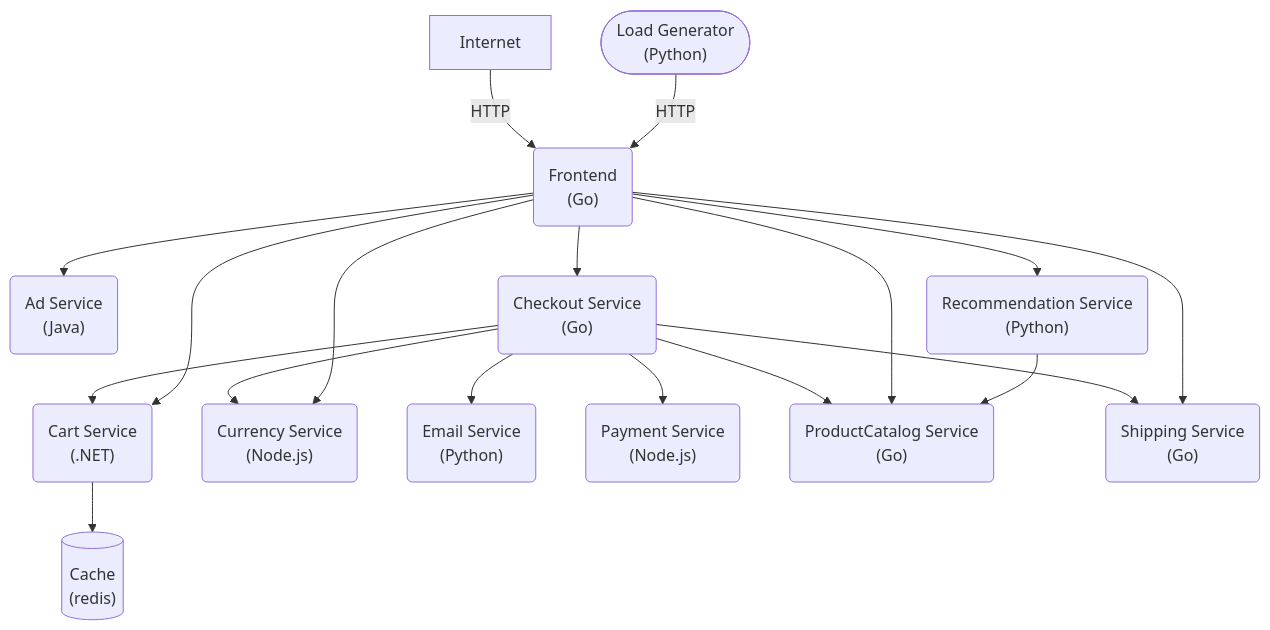
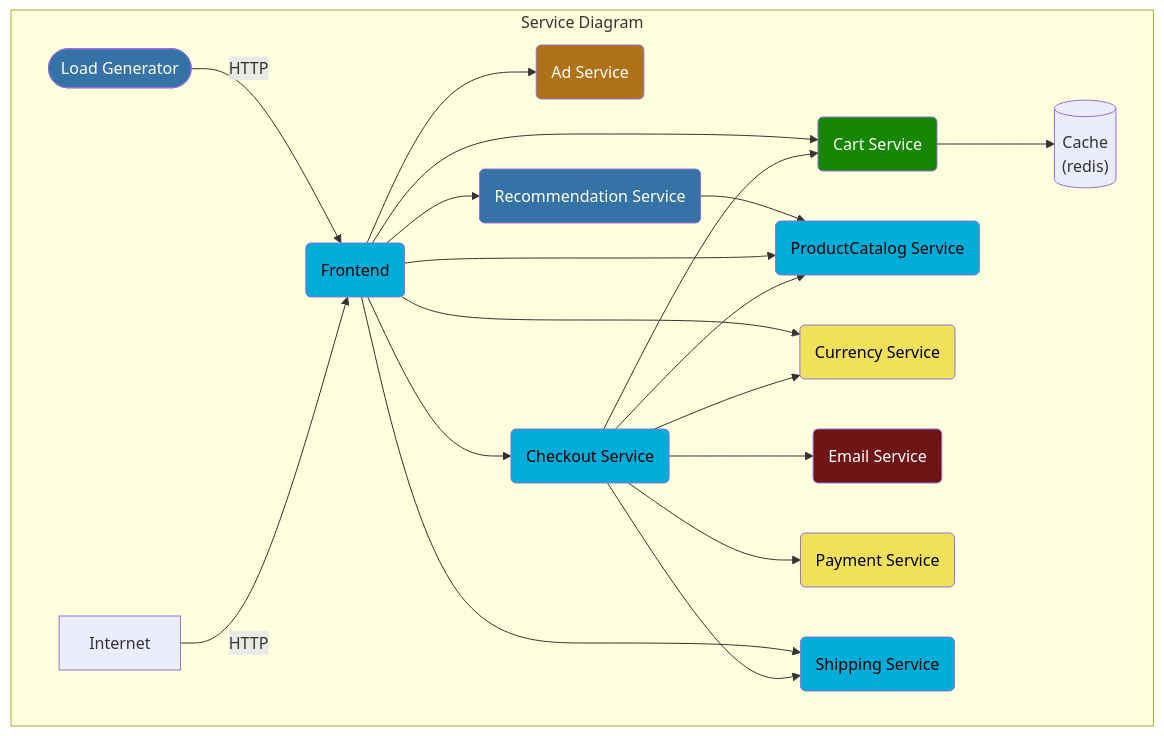
The first of 2 diagrams in README.md (village-chat/opentelemetry-demo-bench), drawn with Mermaid before and after one commit. The commit also changed other lines of this file and 40 other files, not shown here.

````diff
--- a/README.md
+++ b/README.md
@@ -107,35 +107,48 @@
 ```mermaid
-
 graph TD
 
-adservice(Ad Service<br/>&#40Java&#41):::java
+subgraph Service Diagram
+adservice(Ad Service):::java
 cache[(Cache<br/>&#40redis&#41)]
-cartservice(Cart Service<br/>&#40.NET&#41):::dotnet
-checkoutservice(Checkout Service<br/>&#40Go&#41):::golang
-currencyservice(Currency Service<br/>&#40Node.js&#41):::nodejs
-emailservice(Email Service<br/>&#40Python&#41):::python
-frontend(Frontend<br/>&#40Go&#41):::golang
-loadgenerator([Load Generator<br/>&#40Python&#41]):::python
-paymentservice(Payment Service<br/>&#40Node.js&#41):::nodejs
-productcatalogservice(ProductCatalog Service<br/>&#40Go&#41):::golang
-recommendationservice(Recommendation Service<br/>&#40Python&#41):::python
-shippingservice(Shipping Service<br/>&#40Go&#41):::golang
+cartservice(Cart Service):::dotnet
+checkoutservice(Checkout Service):::golang
+currencyservice(Currency Service):::nodejs
+emailservice(Email Service):::ruby
+frontend(Frontend):::golang
+loadgenerator([Load Generator]):::python
+paymentservice(Payment Service):::nodejs
+productcatalogservice(ProductCatalog Service):::golang
+recommendationservice(Recommendation Service):::python
+shippingservice(Shipping Service):::golang
 
 Internet -->|HTTP| frontend
 loadgenerator -->|HTTP| frontend
 
 checkoutservice --> cartservice --> cache
 checkoutservice --> productcatalogservice
 checkoutservice --> currencyservice
 checkoutservice --> emailservice
 checkoutservice --> paymentservice
 checkoutservice --> shippingservice
 
 frontend --> adservice
 frontend --> cartservice
 frontend --> productcatalogservice
 frontend --> checkoutservice
 frontend --> currencyservice
 frontend --> recommendationservice --> productcatalogservice
 frontend --> shippingservice
+
+
+end
+classDef java fill:#b07219,color:white;
+classDef dotnet fill:#178600,color:white;
+classDef golang fill:#00add8,color:black;
+classDef cpp fill:#f34b7d,color:white;
+classDef ruby fill:#701516,color:white;
+classDef python fill:#3572A5,color:white;
+classDef nodejs fill:#f1e05a,color:black;
+classDef rust fill:#dea584,color:black;
+classDef erlang fill:#b83998,color:white;
+classDef php fill:#4f5d95,color:white;
 ```
````
